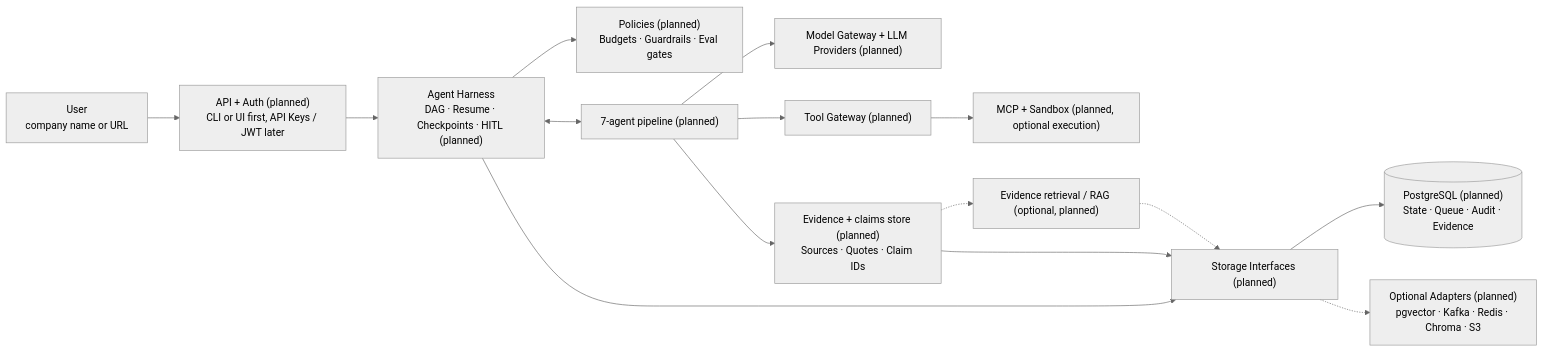
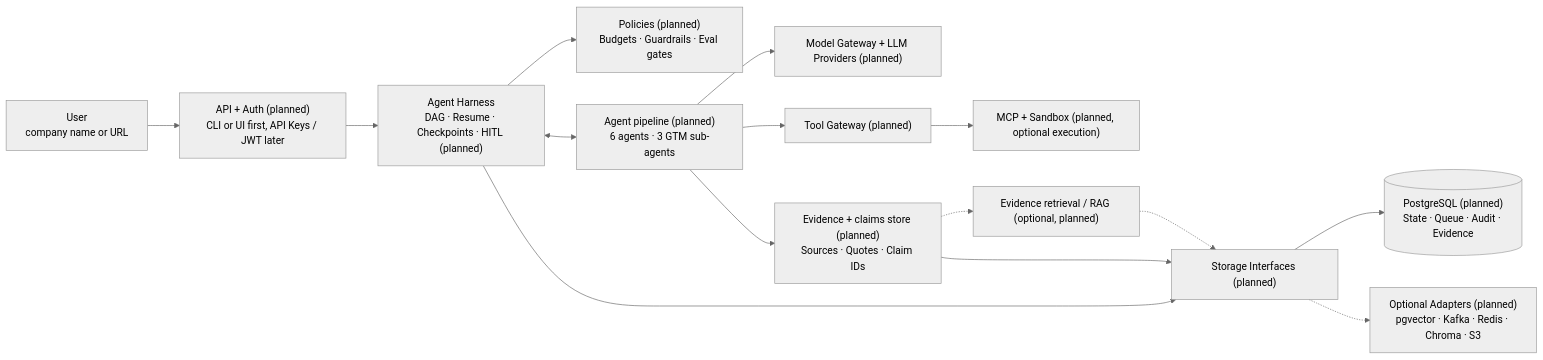
Before and after one commit to efolley/Venture-OS: the first of 2 diagrams in README.md, drawn with Mermaid (neutral theme). The commit also changed other lines of this file and 3 other files, not shown here.

````diff
--- a/README.md
+++ b/README.md
@@ -17,16 +23,16 @@
 ```mermaid
 flowchart LR
     User["User<br/>company name or URL"] --> API["API + Auth (planned)<br/>CLI or UI first, API Keys / JWT later"]
     API --> Harness["Agent Harness<br/>DAG · Resume · Checkpoints · HITL (planned)"]
     Harness --> Policies["Policies (planned)<br/>Budgets · Guardrails · Eval gates"]
-    Harness <--> Agents["7-agent pipeline (planned)"]
+    Harness <--> Agents["Agent pipeline (planned)<br/>6 agents · 3 GTM sub-agents"]
     Agents --> Models["Model Gateway + LLM Providers (planned)"]
     Agents --> Tools["Tool Gateway (planned)"] --> MCP["MCP + Sandbox (planned, optional execution)"]
     Agents --> Evidence["Evidence + claims store (planned)<br/>Sources · Quotes · Claim IDs"]
     Evidence -.-> RAG["Evidence retrieval / RAG (optional, planned)"]
     Harness --> Storage["Storage Interfaces (planned)"]
     Evidence --> Storage
     RAG -.-> Storage
     Storage --> PG[("PostgreSQL (planned)<br/>State · Queue · Audit · Evidence")]
     Storage -.-> Scale["Optional Adapters (planned)<br/>pgvector · Kafka · Redis · Chroma · S3"]
 ```
````
